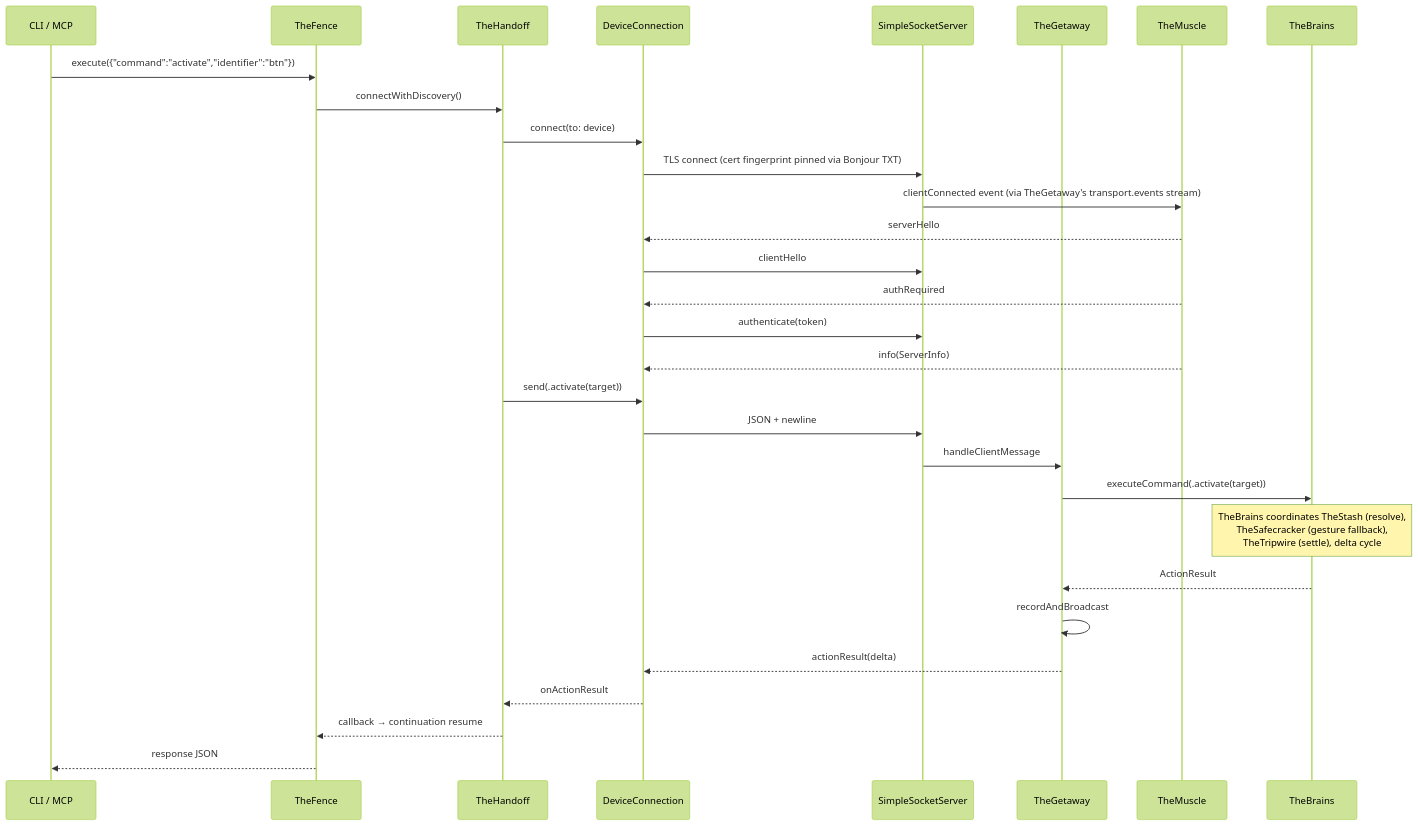
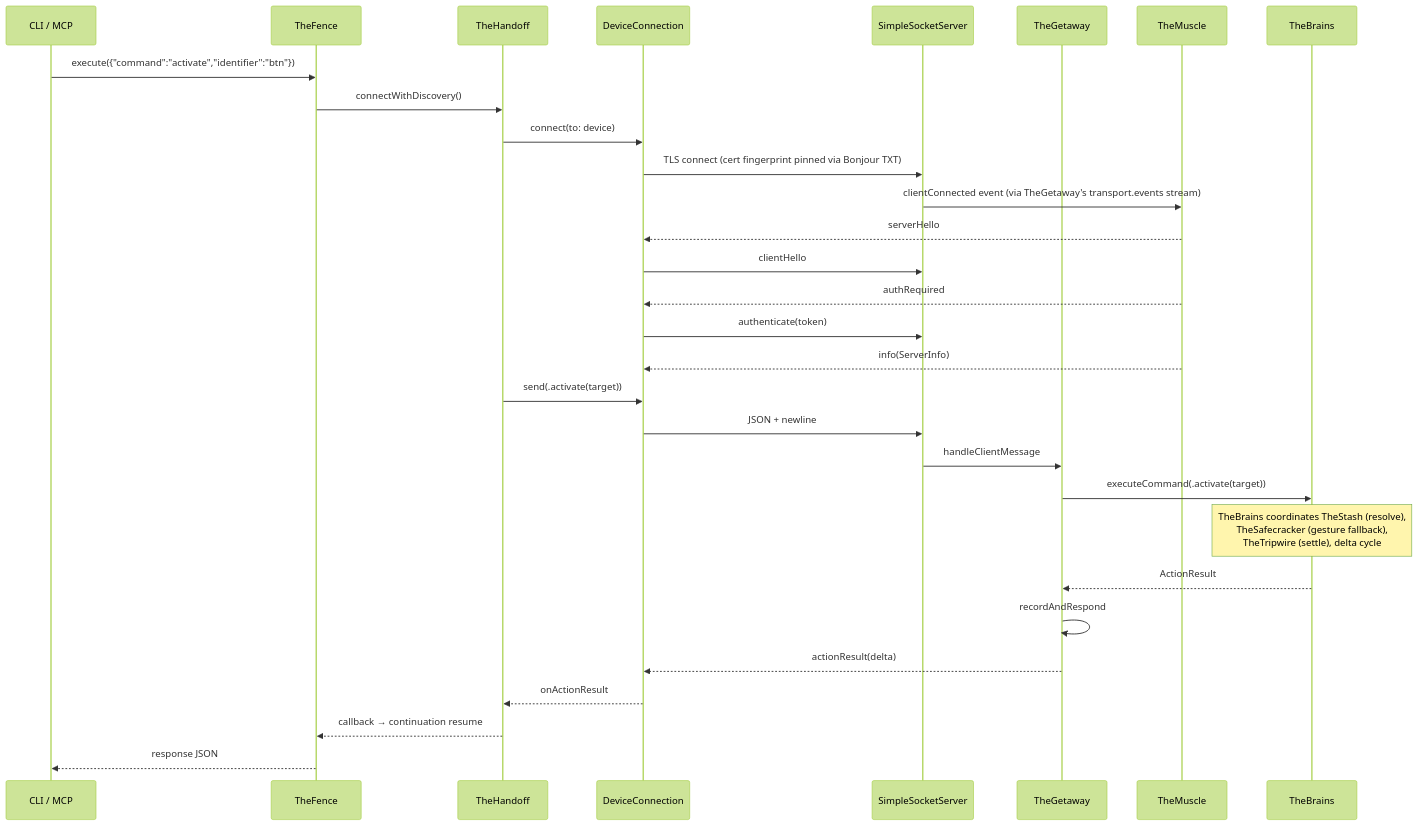
The second of 2 diagrams in docs/dossiers/README.md (RoyalPineapple/TheButtonHeist), drawn with Mermaid (forest theme) before and after one commit. The commit also changed other lines of this file and 36 other files, not shown here.

````diff
--- a/docs/dossiers/README.md
+++ b/docs/dossiers/README.md
@@ -96,33 +96,33 @@
 ```mermaid
 sequenceDiagram
     participant CLI as CLI / MCP
     participant TF as TheFence
     participant TH as TheHandoff
     participant DC as DeviceConnection
     participant SS as SimpleSocketServer
     participant GW as TheGetaway
     participant TM2 as TheMuscle
     participant TB as TheBrains
 
     CLI->>TF: execute({"command":"activate","identifier":"btn"})
     TF->>TH: connectWithDiscovery()
     TH->>DC: connect(to: device)
     DC->>SS: TLS connect (cert fingerprint pinned via Bonjour TXT)
     SS->>TM2: clientConnected event (via TheGetaway's transport.events stream)
     TM2-->>DC: serverHello
     DC->>SS: clientHello
     TM2-->>DC: authRequired
     DC->>SS: authenticate(token)
     TM2-->>DC: info(ServerInfo)
     TH->>DC: send(.activate(target))
     DC->>SS: JSON + newline
     SS->>GW: handleClientMessage
     GW->>TB: executeCommand(.activate(target))
     Note over TB: TheBrains coordinates TheStash (resolve),<br/>TheSafecracker (gesture fallback),<br/>TheTripwire (settle), delta cycle
     TB-->>GW: ActionResult
-    GW->>GW: recordAndBroadcast
+    GW->>GW: recordAndRespond
     GW-->>DC: actionResult(delta)
     DC-->>TH: onActionResult
     TH-->>TF: callback → continuation resume
     TF-->>CLI: response JSON
 ```
````
